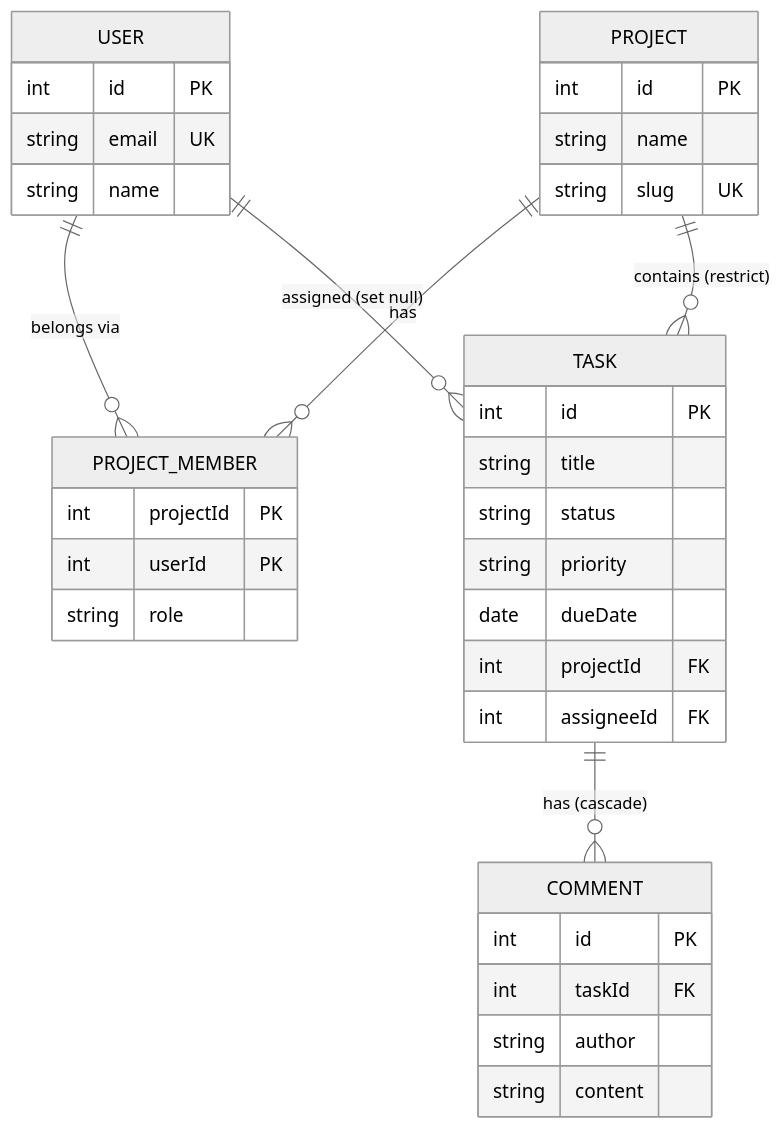
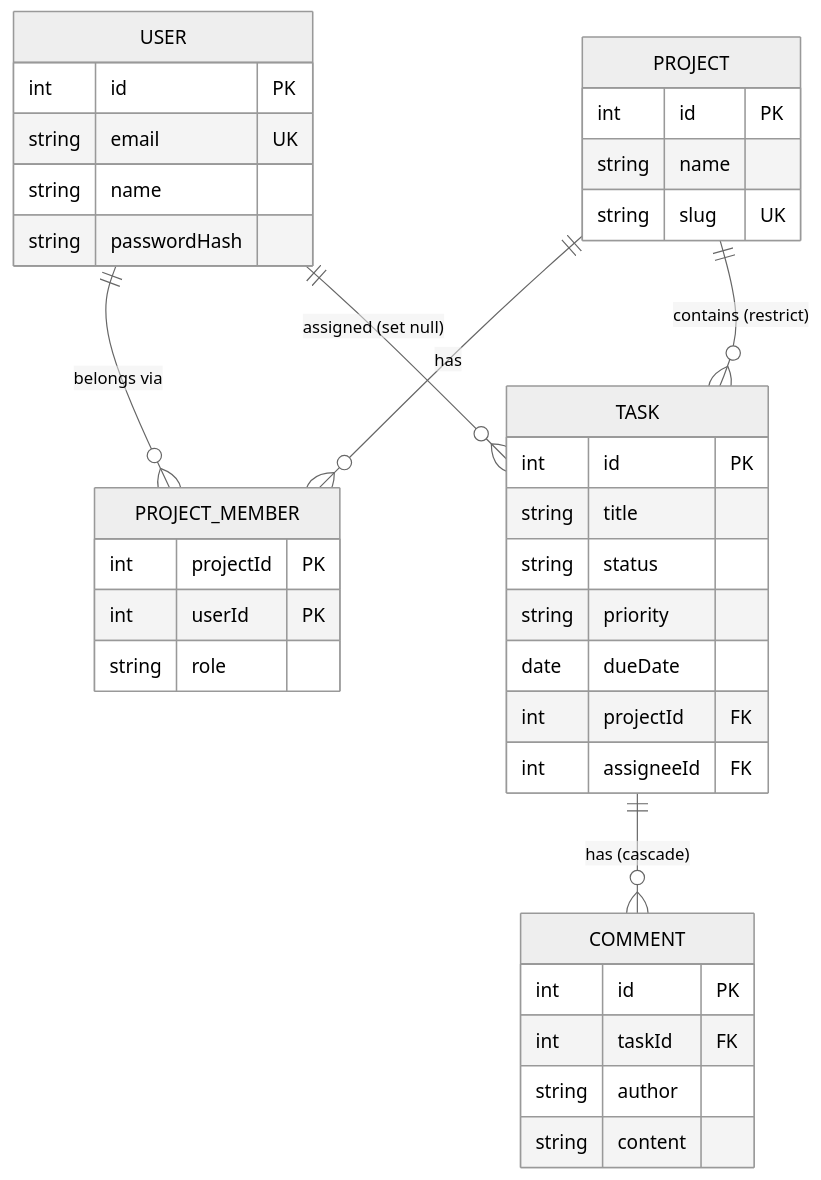
One commit to YitbarekYonas/taskflow-api changed the diagram in README.md. Above: the diagram before and after it, drawn with Mermaid (neutral theme). The commit also changed other lines of this file and 20 other files, not shown here.

````diff
--- a/README.md
+++ b/README.md
@@ -161,29 +170,30 @@
 ```mermaid
 erDiagram
   USER ||--o{ PROJECT_MEMBER : "belongs via"
   PROJECT ||--o{ PROJECT_MEMBER : "has"
   PROJECT ||--o{ TASK : "contains (restrict)"
   USER ||--o{ TASK : "assigned (set null)"
   TASK ||--o{ COMMENT : "has (cascade)"
 
   USER { int id PK
          string email UK
-         string name }
+         string name
+         string passwordHash }
   PROJECT { int id PK
             string name
             string slug UK }
   PROJECT_MEMBER { int projectId PK
                    int userId PK
                    string role }
   TASK { int id PK
          string title
          string status
          string priority
          date dueDate
          int projectId FK
          int assigneeId FK }
   COMMENT { int id PK
             int taskId FK
             string author
             string content }
 ```
````
